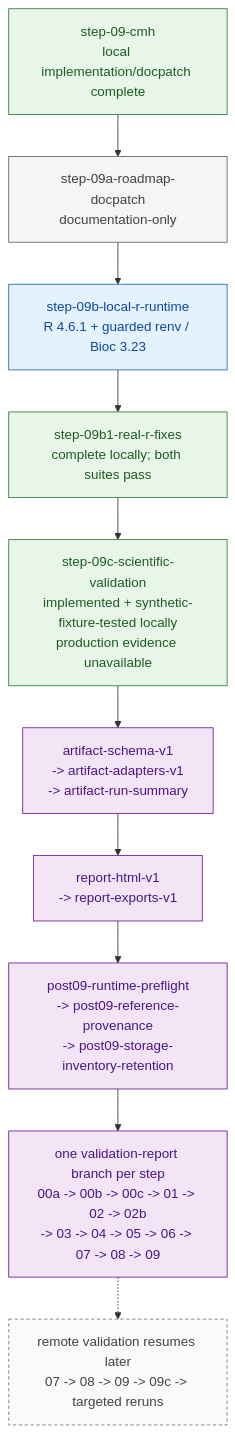
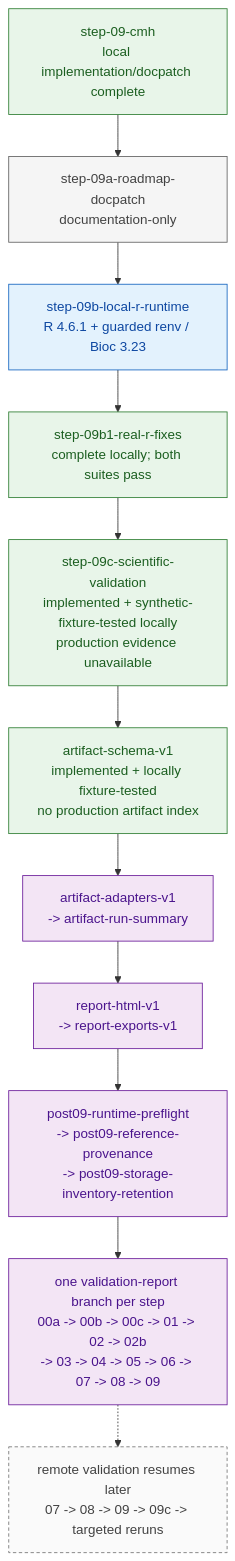
One commit to lab-cats/EMRYS changed the first of 4 diagrams in docs/architecture/FUTURE_ARCHITECTURE.md. Above: the diagram before and after it, drawn with Mermaid. The commit also changed other lines of this file and 16 other files, not shown here.

Commit message:
artifact schema v1 docpatch

````diff
--- a/docs/architecture/FUTURE_ARCHITECTURE.md
+++ b/docs/architecture/FUTURE_ARCHITECTURE.md
@@ -33,29 +37,30 @@
 ```mermaid
 flowchart TB
     classDef current fill:#e8f5e9,stroke:#2e7d32,color:#1b5e20
     classDef docs fill:#f5f5f5,stroke:#616161,color:#424242
     classDef runtime fill:#e3f2fd,stroke:#1565c0,color:#0d47a1
     classDef future fill:#f3e5f5,stroke:#6a1b9a,color:#4a148c
     classDef deferred fill:#fafafa,stroke:#757575,color:#424242,stroke-dasharray:4 3
 
     s09["step-09-cmh<br/>local implementation/docpatch complete"]
     s09a["step-09a-roadmap-docpatch<br/>documentation-only"]
     rlocal["step-09b-local-r-runtime<br/>R 4.6.1 + guarded renv / Bioc 3.23"]
     rfix["step-09b1-real-r-fixes<br/>complete locally; both suites pass"]
     science09c["step-09c-scientific-validation<br/>implemented + synthetic-fixture-tested locally<br/>production evidence unavailable"]
-    artifacts["artifact-schema-v1<br/>-> artifact-adapters-v1<br/>-> artifact-run-summary"]
+    artifact_schema["artifact-schema-v1<br/>implemented + locally fixture-tested<br/>no production artifact index"]
+    artifacts["artifact-adapters-v1<br/>-> artifact-run-summary"]
     reports["report-html-v1<br/>-> report-exports-v1"]
     foundations["post09-runtime-preflight<br/>-> post09-reference-provenance<br/>-> post09-storage-inventory-retention"]
     validators["one validation-report branch per step<br/>00a -> 00b -> 00c -> 01 -> 02 -> 02b<br/>-> 03 -> 04 -> 05 -> 06 -> 07 -> 08 -> 09"]
     remote["remote validation resumes later<br/>07 -> 08 -> 09 -> 09c -> targeted reruns"]
 
     s09 --> s09a --> rlocal --> rfix --> science09c
-    science09c --> artifacts --> reports --> foundations --> validators
+    science09c --> artifact_schema --> artifacts --> reports --> foundations --> validators
     validators -.-> remote
 
-    class s09,rfix,science09c current
+    class s09,rfix,science09c,artifact_schema current
     class s09a docs
     class rlocal runtime
     class artifacts,reports,foundations,validators future
     class remote deferred
 ```
````
